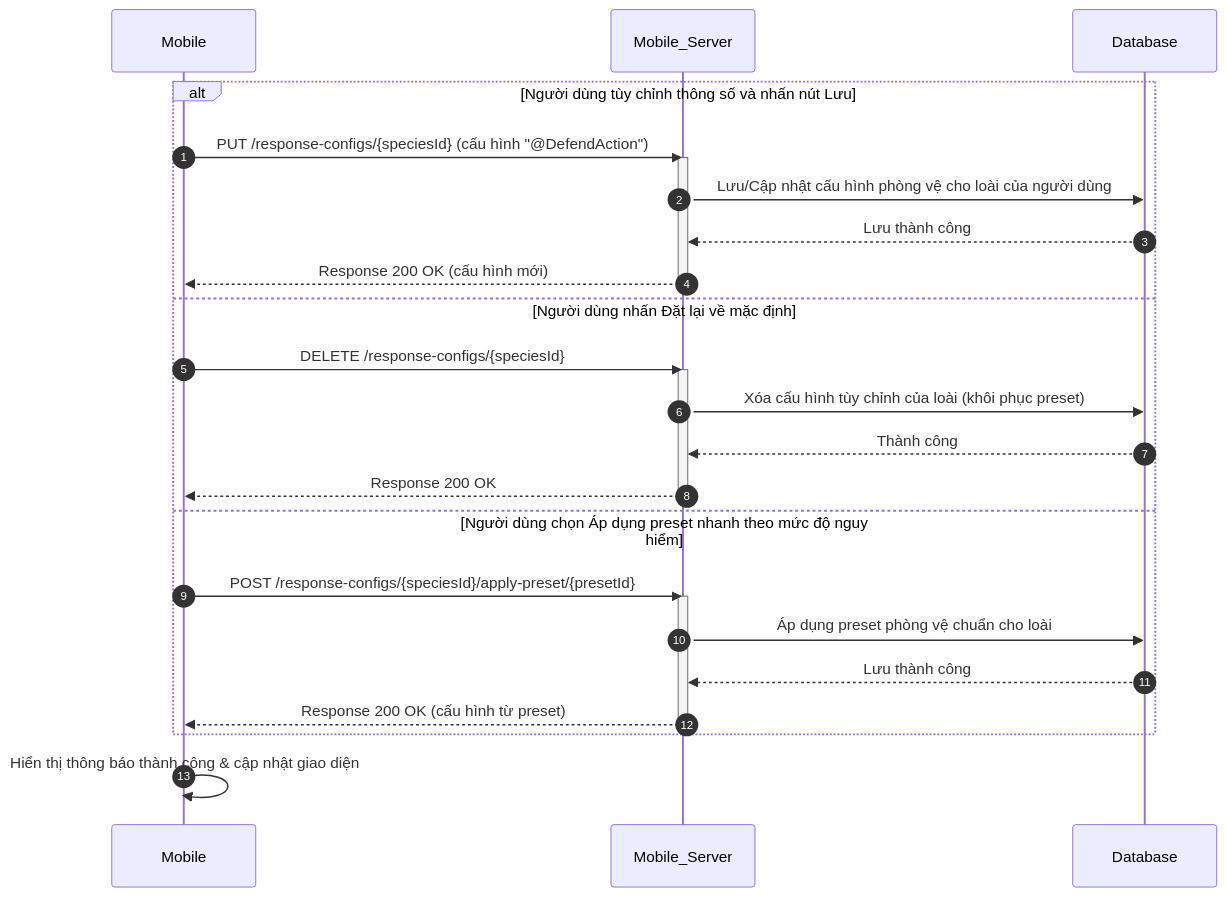
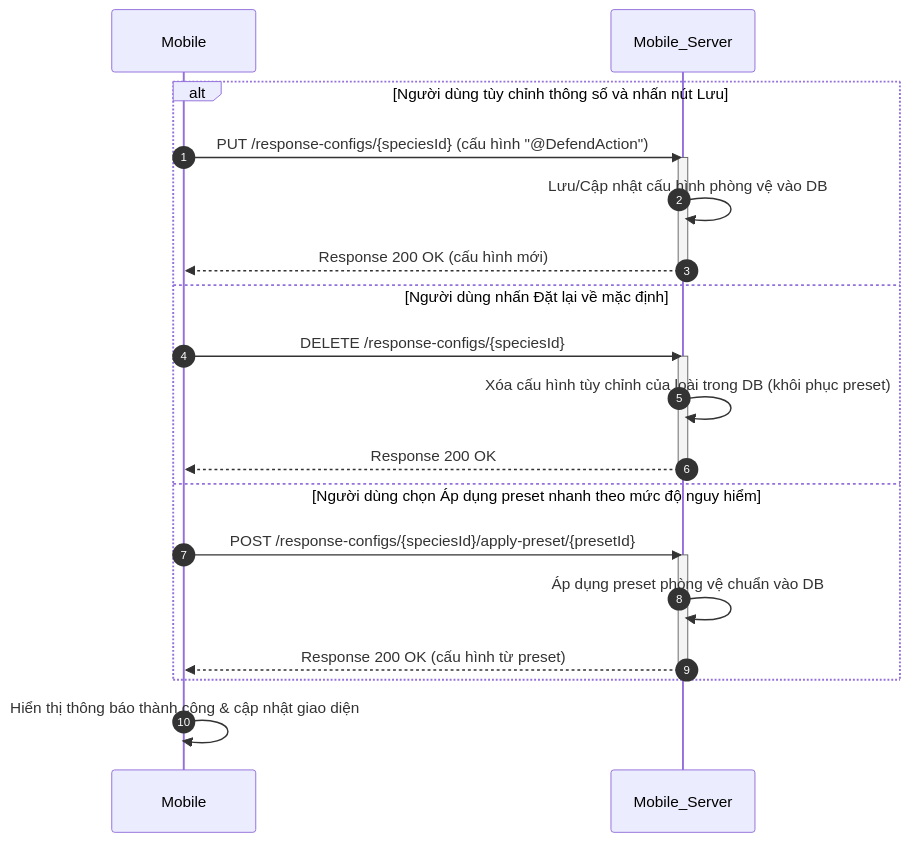
Before and after one commit to trungnguyenthien/Wildlife-Warning-and-Deterrence-System: diagram 13 of 18 in docs/04-sequence-diagram.md, drawn with Mermaid. The commit also changed other lines of this file, not shown here.

Commit message:
docs: update sequence diagram to reflect latest system flow refinements

````diff
--- a/docs/04-sequence-diagram.md
+++ b/docs/04-sequence-diagram.md
@@ -612,31 +510,27 @@
 ```mermaid
 sequenceDiagram
     autonumber
     participant Mobile as Mobile
     participant Mobile_Server as Mobile_Server
-    participant Database as Database
 
     alt Người dùng tùy chỉnh thông số và nhấn nút Lưu
         Mobile->>Mobile_Server: PUT /response-configs/{speciesId} (cấu hình "@DefendAction")
         activate Mobile_Server
-        Mobile_Server->>Database: Lưu/Cập nhật cấu hình phòng vệ cho loài của người dùng
-        Database-->>Mobile_Server: Lưu thành công
+        Mobile_Server->>Mobile_Server: Lưu/Cập nhật cấu hình phòng vệ vào DB
         Mobile_Server-->>Mobile: Response 200 OK (cấu hình mới)
         deactivate Mobile_Server
     else Người dùng nhấn Đặt lại về mặc định
         Mobile->>Mobile_Server: DELETE /response-configs/{speciesId}
         activate Mobile_Server
-        Mobile_Server->>Database: Xóa cấu hình tùy chỉnh của loài (khôi phục preset)
-        Database-->>Mobile_Server: Thành công
+        Mobile_Server->>Mobile_Server: Xóa cấu hình tùy chỉnh của loài trong DB (khôi phục preset)
         Mobile_Server-->>Mobile: Response 200 OK
         deactivate Mobile_Server
     else Người dùng chọn Áp dụng preset nhanh theo mức độ nguy hiểm
         Mobile->>Mobile_Server: POST /response-configs/{speciesId}/apply-preset/{presetId}
         activate Mobile_Server
-        Mobile_Server->>Database: Áp dụng preset phòng vệ chuẩn cho loài
-        Database-->>Mobile_Server: Lưu thành công
+        Mobile_Server->>Mobile_Server: Áp dụng preset phòng vệ chuẩn vào DB
         Mobile_Server-->>Mobile: Response 200 OK (cấu hình từ preset)
         deactivate Mobile_Server
     end
     Mobile->>Mobile: Hiển thị thông báo thành công & cập nhật giao diện
 ```
````
